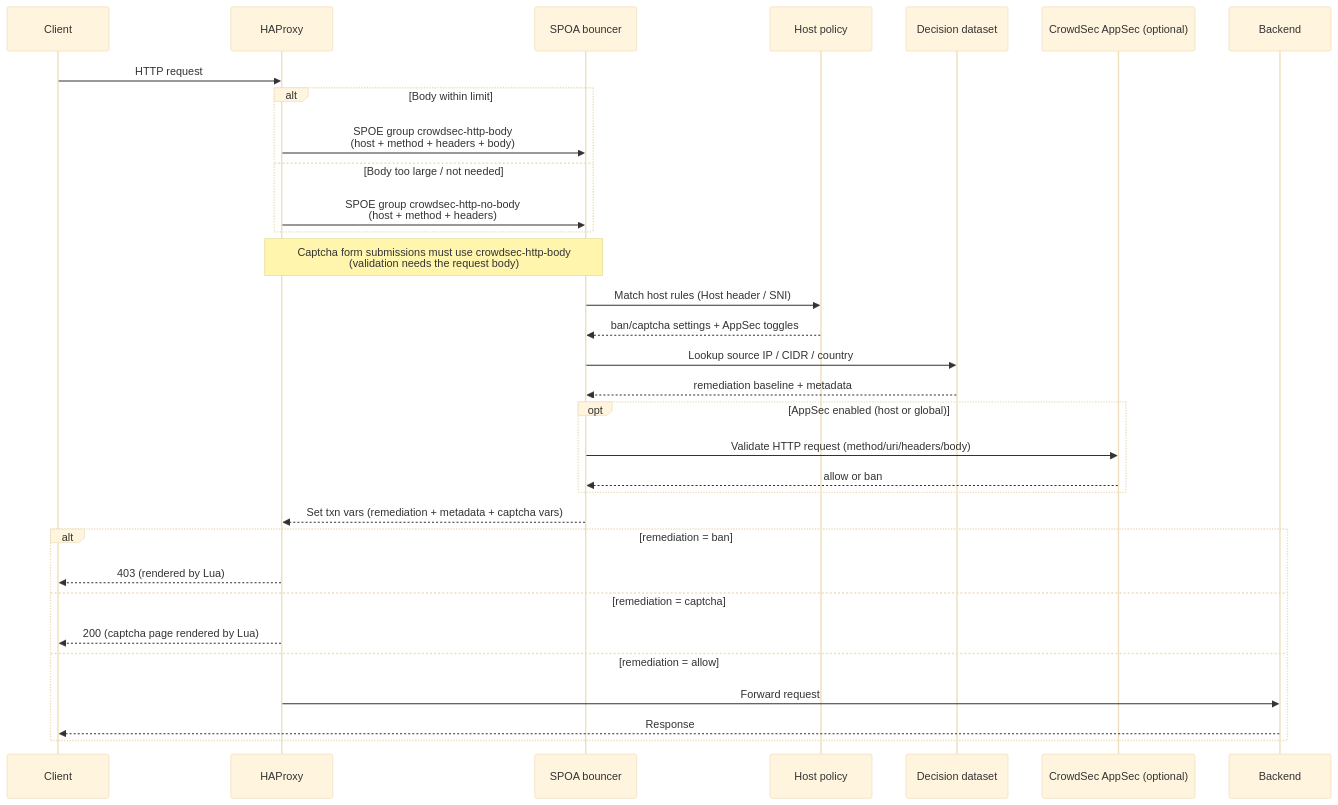
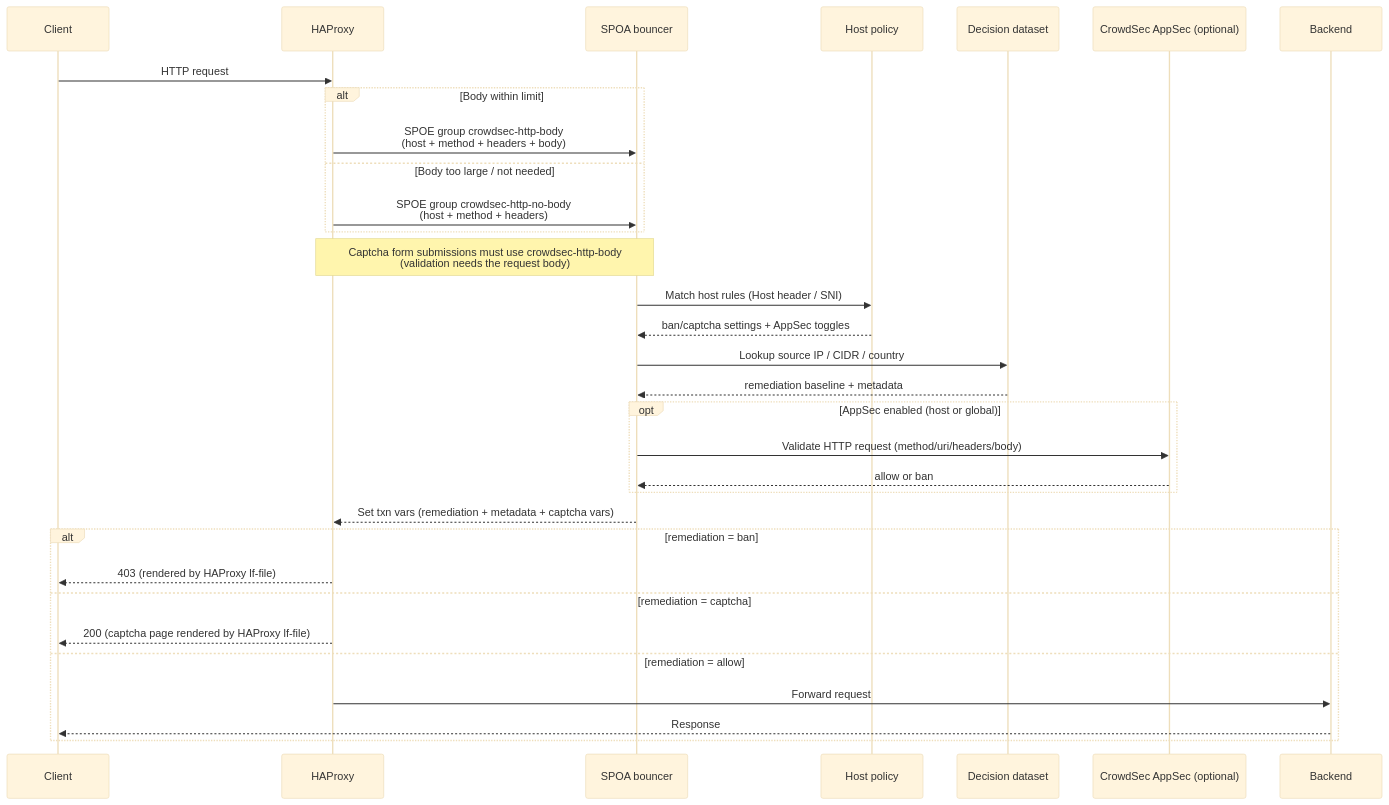
One commit to crowdsecurity/cs-haproxy-spoa-bouncer changed the third of 6 diagrams in ARCHITECTURE.md. Above: the diagram before and after it, drawn with Mermaid (base theme). The commit also changed other lines of this file and 12 other files, not shown here.

First line of the commit message:
Feature/no lua haproxy rendering (#164)

````diff
--- a/ARCHITECTURE.md
+++ b/ARCHITECTURE.md
@@ -55,38 +55,38 @@
 ```mermaid
 sequenceDiagram
     participant Client
     participant HAProxy
     participant SPOA as SPOA bouncer
     participant Policy as Host policy
     participant Dataset as Decision dataset
     participant AppSec as CrowdSec AppSec (optional)
     participant Backend
 
     Client->>HAProxy: HTTP request
     alt Body within limit
         HAProxy->>SPOA: SPOE group crowdsec-http-body<br/>(host + method + headers + body)
     else Body too large / not needed
         HAProxy->>SPOA: SPOE group crowdsec-http-no-body<br/>(host + method + headers)
     end
     Note over HAProxy,SPOA: Captcha form submissions must use crowdsec-http-body<br/>(validation needs the request body)
     SPOA->>Policy: Match host rules (Host header / SNI)
     Policy-->>SPOA: ban/captcha settings + AppSec toggles
     SPOA->>Dataset: Lookup source IP / CIDR / country
     Dataset-->>SPOA: remediation baseline + metadata
 
     opt AppSec enabled (host or global)
         SPOA->>AppSec: Validate HTTP request (method/uri/headers/body)
         AppSec-->>SPOA: allow or ban
     end
 
     SPOA-->>HAProxy: Set txn vars (remediation + metadata + captcha vars)
 
     alt remediation = ban
-        HAProxy-->>Client: 403 (rendered by Lua)
+        HAProxy-->>Client: 403 (rendered by HAProxy lf-file)
     else remediation = captcha
-        HAProxy-->>Client: 200 (captcha page rendered by Lua)
+        HAProxy-->>Client: 200 (captcha page rendered by HAProxy lf-file)
     else remediation = allow
         HAProxy->>Backend: Forward request
         Backend-->>Client: Response
     end
 ```
````
